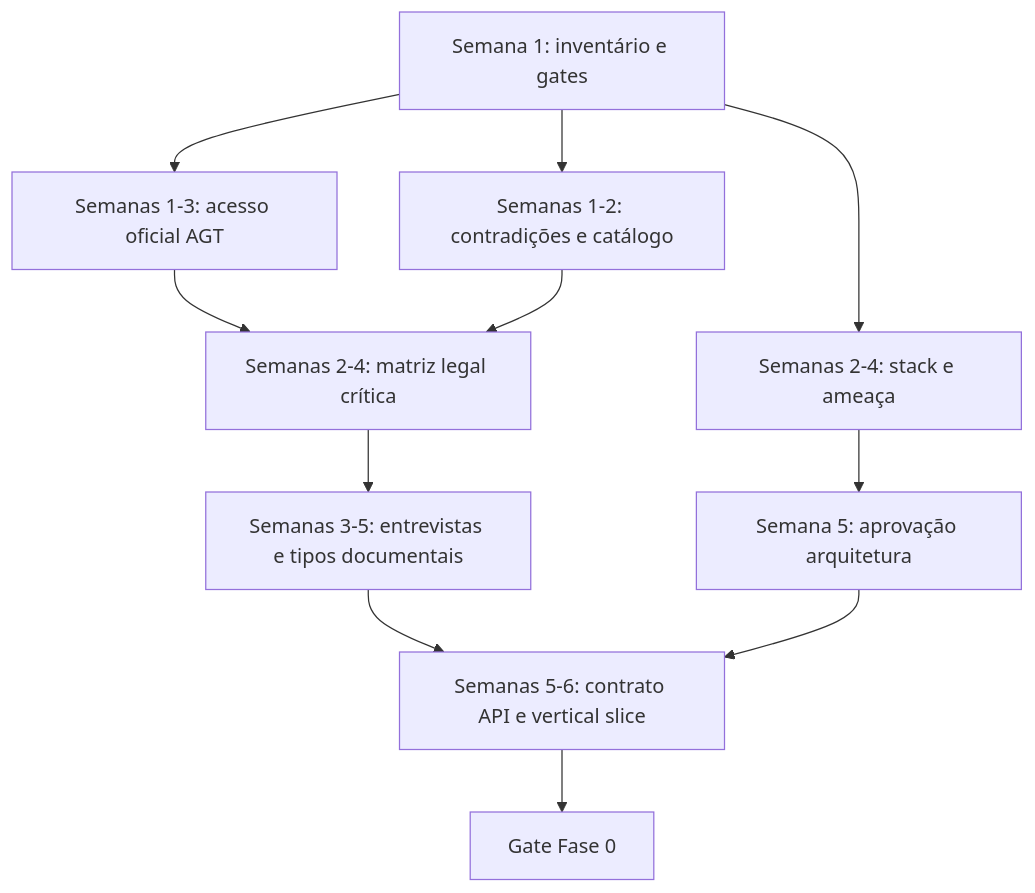
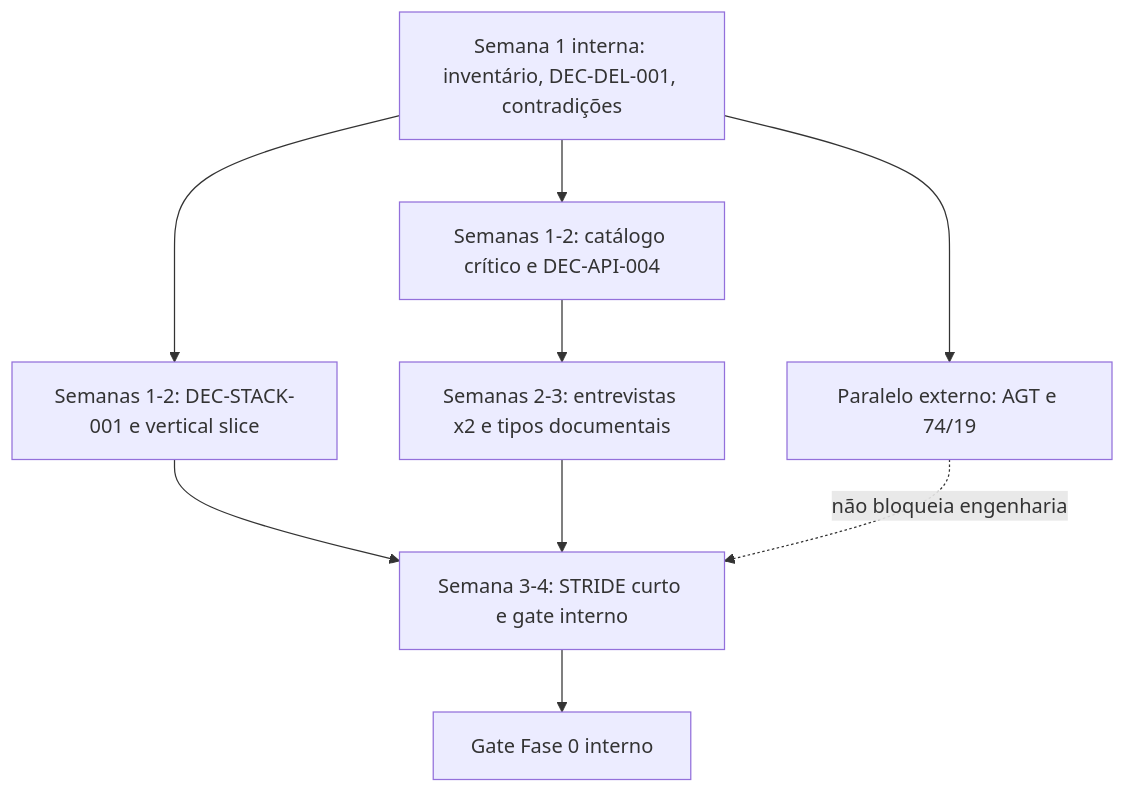
Before and after one commit to storesace-cv/bwb-modulo-fiscal: the diagram in docs/06-delivery/phase-0-execution-plan.md, drawn with Mermaid. The commit also changed other lines of this file and 4 other files, not shown here.

````diff
--- a/docs/06-delivery/phase-0-execution-plan.md
+++ b/docs/06-delivery/phase-0-execution-plan.md
@@ -24,13 +33,11 @@
 ```mermaid
 flowchart TD
-  A[Semana 1: inventário e gates] --> B[Semanas 1-3: acesso oficial AGT]
-  A --> C[Semanas 1-2: contradições e catálogo]
-  B --> D[Semanas 2-4: matriz legal crítica]
-  C --> D
-  D --> E[Semanas 3-5: entrevistas e tipos documentais]
-  A --> F[Semanas 2-4: stack e ameaça]
-  F --> G[Semana 5: aprovação arquitetura]
-  E --> H[Semanas 5-6: contrato API e vertical slice]
-  G --> H
-  H --> I[Gate Fase 0]
+  A[Semana 1 interna: inventário, DEC-DEL-001, contradições] --> B[Paralelo externo: AGT e 74/19]
+  A --> C[Semanas 1-2: catálogo crítico e DEC-API-004]
+  A --> D[Semanas 1-2: DEC-STACK-001 e vertical slice]
+  C --> E[Semanas 2-3: entrevistas x2 e tipos documentais]
+  D --> F[Semana 3-4: STRIDE curto e gate interno]
+  E --> F
+  B -.->|não bloqueia engenharia| F
+  F --> G[Gate Fase 0 interno]
 ```
````
